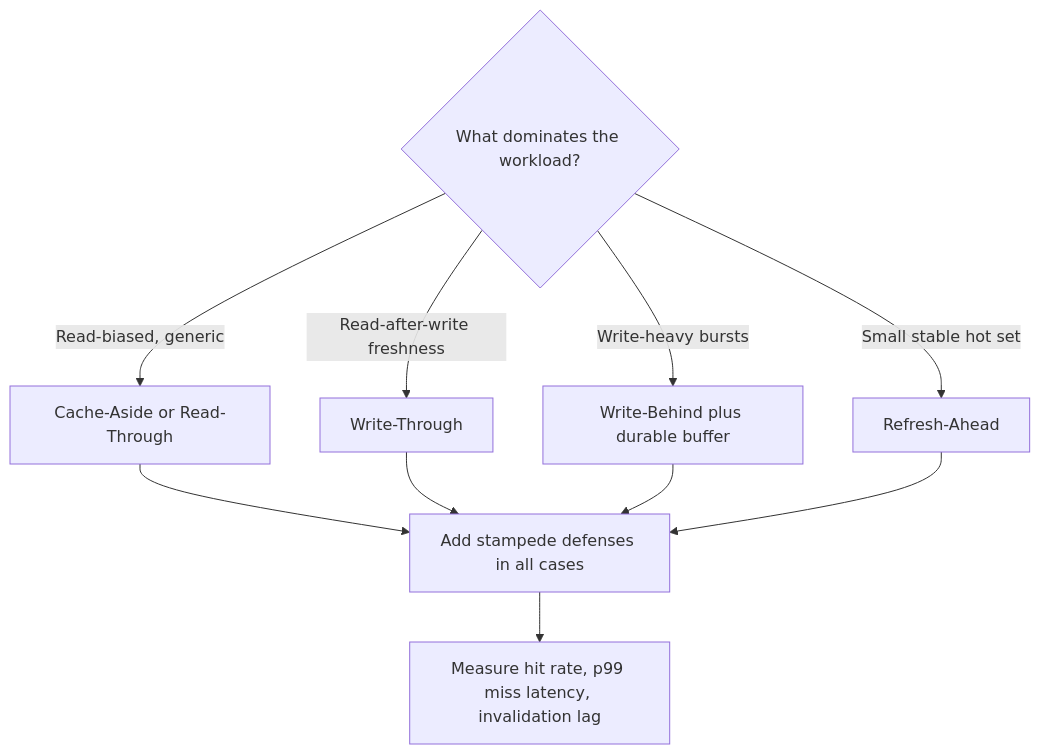
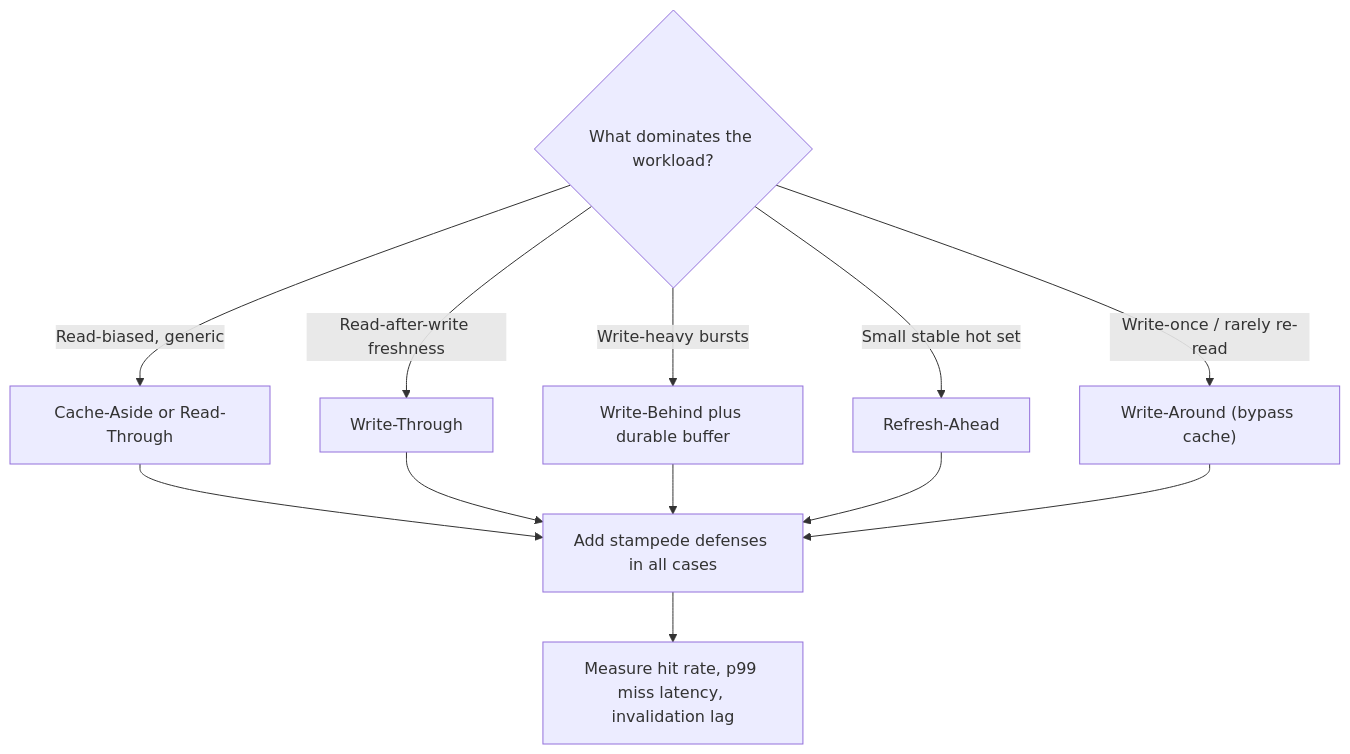
Before and after one commit to espoem/zero-to-one: the first of 5 diagrams in architecture/system-design/modules/05-caching-strategies-and-invalidation.md, drawn with Mermaid. The commit also changed other lines of this file and 9 other files, not shown here.

Commit message:
feat(system-design): add 12-line cheatsheet, spec docs, write-around, and M27 backend patterns

````diff
--- a/architecture/system-design/modules/05-caching-strategies-and-invalidation.md
+++ b/architecture/system-design/modules/05-caching-strategies-and-invalidation.md
@@ -100,13 +120,15 @@
 ```mermaid
 flowchart TD
     Q{"What dominates the workload?"}
     Q -->|"Read-biased, generic"| A["Cache-Aside or Read-Through"]
     Q -->|"Read-after-write freshness"| B["Write-Through"]
     Q -->|"Write-heavy bursts"| C["Write-Behind plus durable buffer"]
     Q -->|"Small stable hot set"| D["Refresh-Ahead"]
+    Q -->|"Write-once / rarely re-read"| G["Write-Around (bypass cache)"]
     A --> E["Add stampede defenses in all cases"]
     B --> E
     C --> E
     D --> E
+    G --> E
     E --> F["Measure hit rate, p99 miss latency, invalidation lag"]
 ```
````
